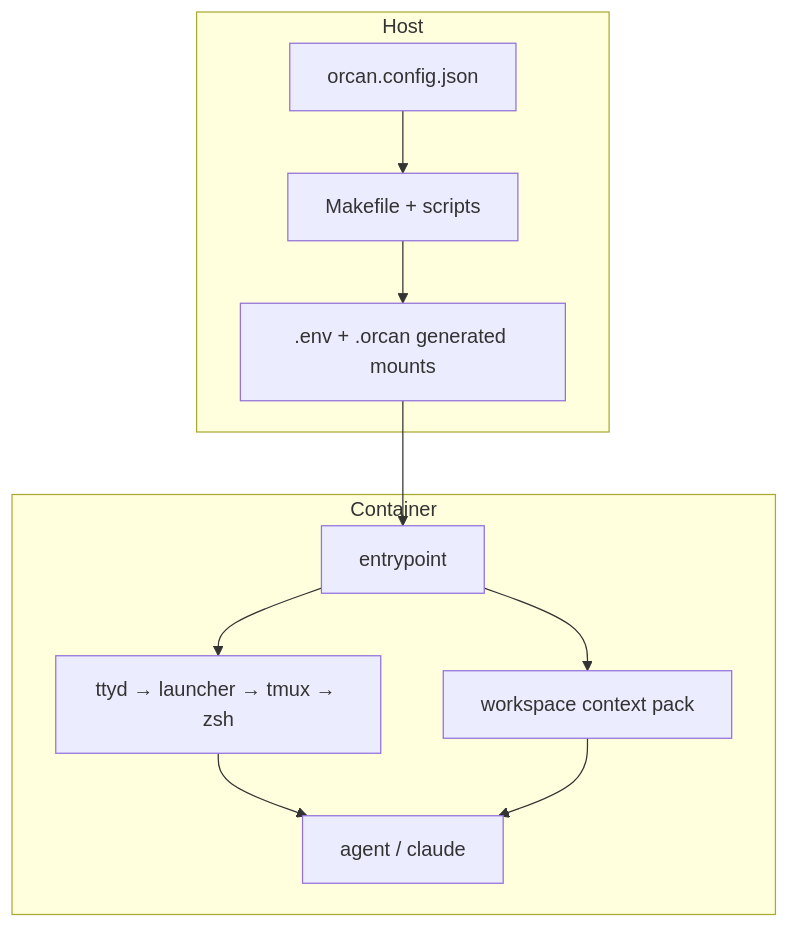
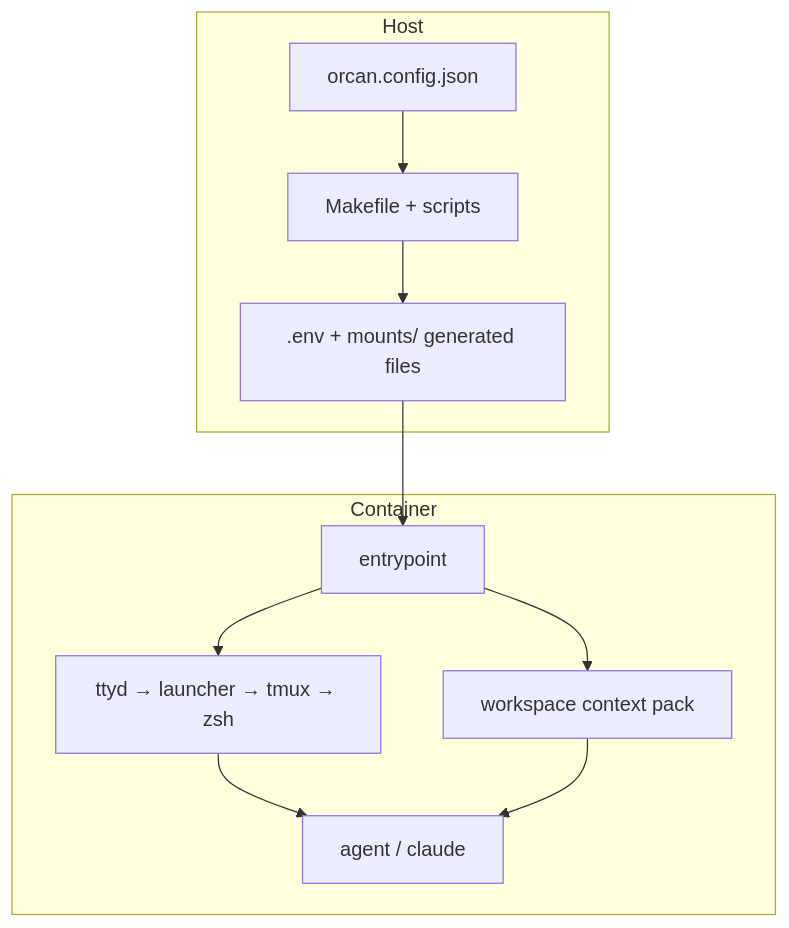
The first of 2 diagrams in docs/en/architecture.md (aKyther/orcan), drawn with Mermaid before and after one commit. The commit also changed 54 other files, not shown here.

````diff
--- a/docs/en/architecture.md
+++ b/docs/en/architecture.md
@@ -22,21 +22,21 @@
 ```mermaid
 flowchart TB
   subgraph host [Host]
     cfg["orcan.config.json"]
     make["Makefile + scripts"]
-    gen[".env + .orcan generated mounts"]
+    gen[".env + mounts/ generated files"]
   end
   subgraph container [Container]
     entry["entrypoint"]
     term["ttyd → launcher → tmux → zsh"]
     pack["workspace context pack"]
     clis["agent / claude"]
   end
   cfg --> make
   make --> gen
   gen --> entry
   entry --> term
   entry --> pack
   term --> clis
   pack --> clis
 ```
````
